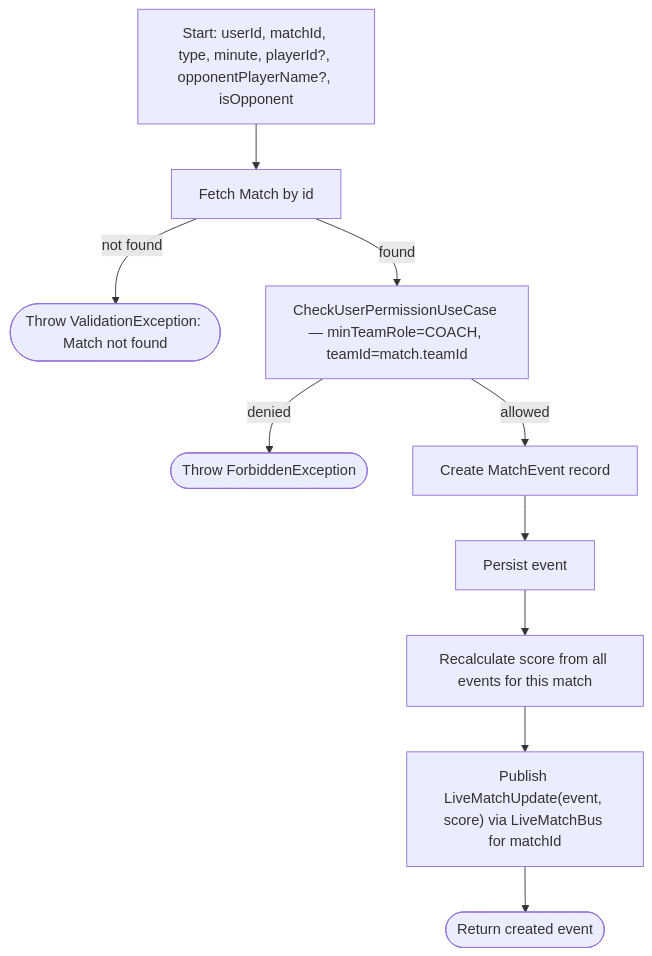
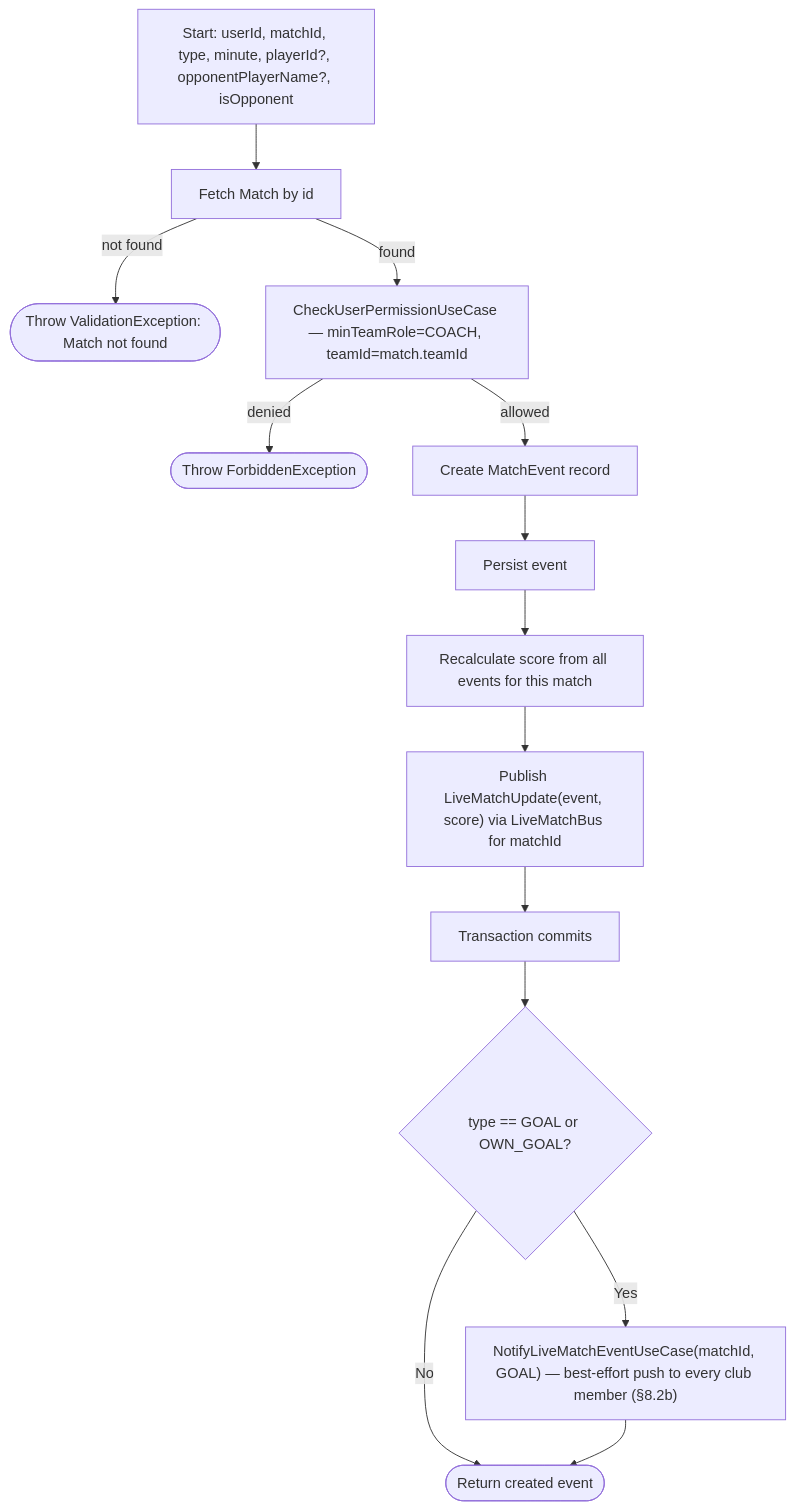
One commit to ricardofrango/squadify changed diagram 39 of 48 in PROCESS_FLOWS.md. Above: the diagram before and after it, drawn with Mermaid. The commit also changed other lines of this file and 15 other files, not shown here.

````diff
--- a/PROCESS_FLOWS.md
+++ b/PROCESS_FLOWS.md
@@ -825,12 +827,16 @@
 ```mermaid
 graph TD
     A[Start: userId, matchId, type, minute, playerId?, opponentPlayerName?, isOpponent] --> B[Fetch Match by id]
     B -- not found --> V(["Throw ValidationException: Match not found"])
     B -- found --> C[CheckUserPermissionUseCase — minTeamRole=COACH, teamId=match.teamId]
     C -- denied --> F(["Throw ForbiddenException"])
     C -- allowed --> D[Create MatchEvent record]
     D --> E[Persist event]
     E --> G["Recalculate score from all events for this match"]
     G --> H["Publish LiveMatchUpdate(event, score) via LiveMatchBus for matchId"]
-    H --> Z(["Return created event"])
+    H --> I["Transaction commits"]
+    I --> J{"type == GOAL or OWN_GOAL?"}
+    J -- Yes --> K["NotifyLiveMatchEventUseCase(matchId, GOAL) — best-effort push to every club member (§8.2b)"]
+    J -- No --> Z
+    K --> Z(["Return created event"])
 ```
````
